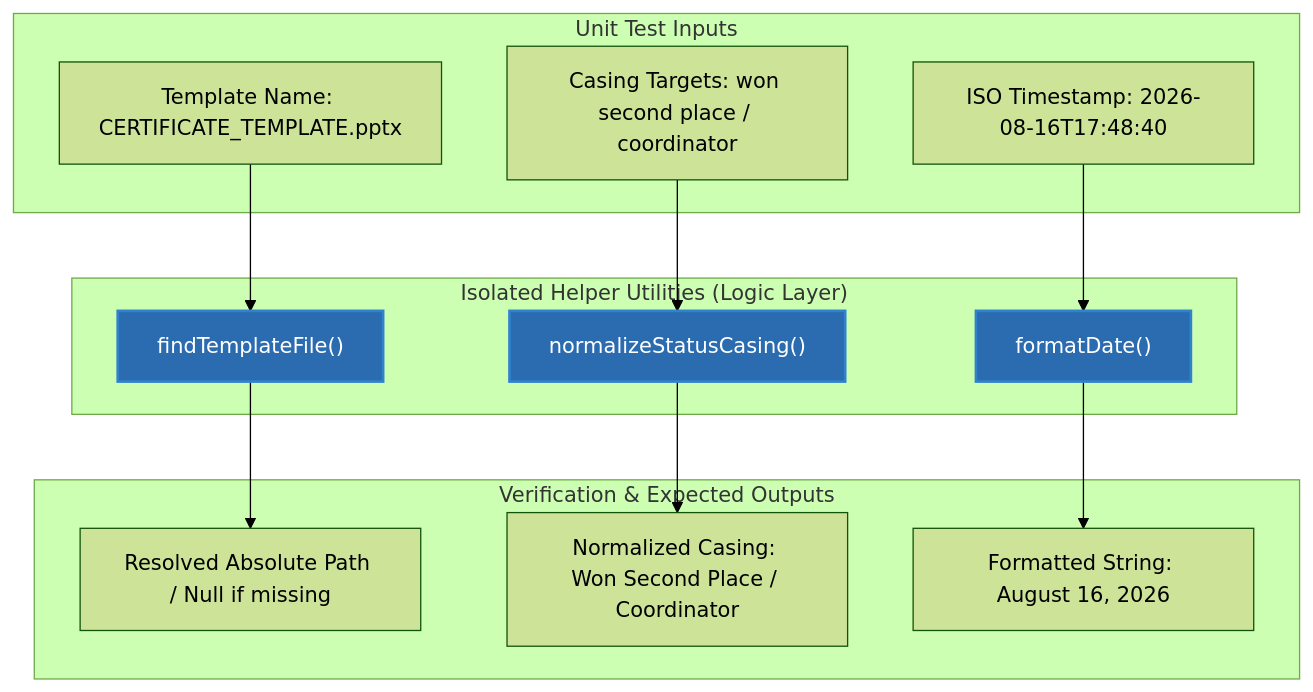
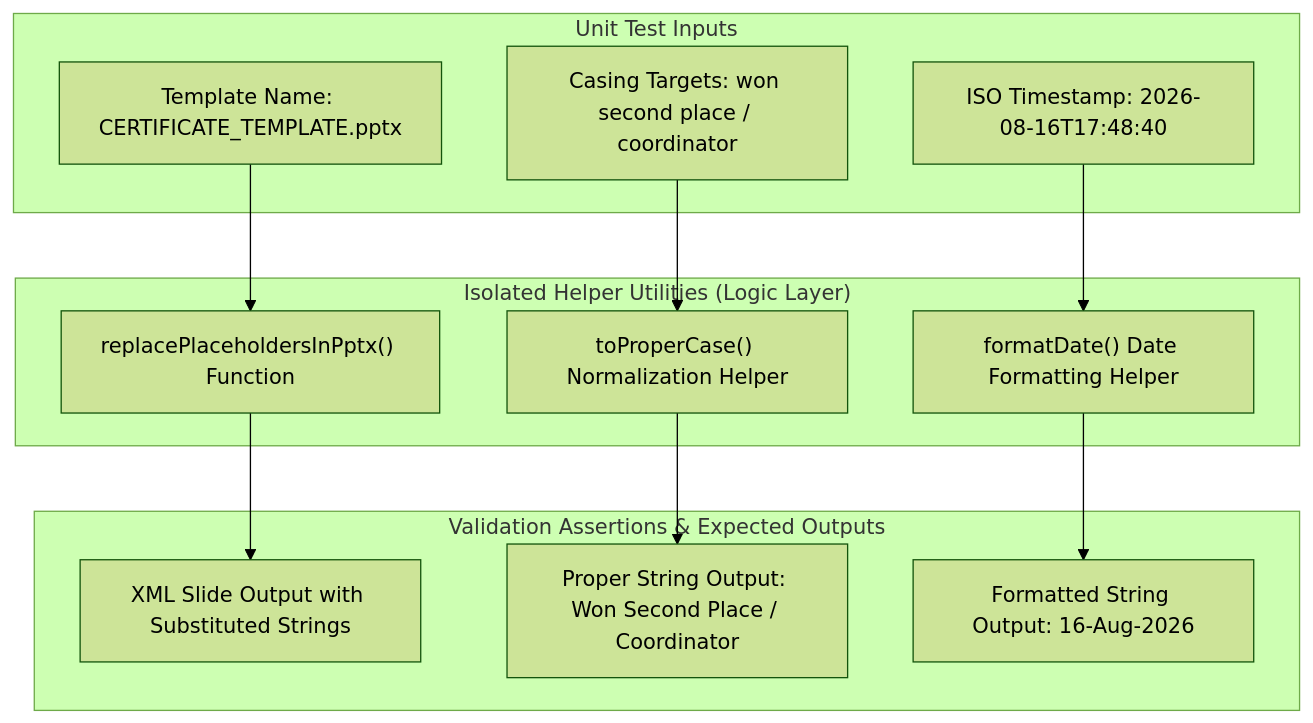
Diagram 21 of 26 in README.md (saicharan-bhuthkuri/rd), drawn with Mermaid (forest theme) before and after one commit. The commit also changed other lines of this file and 1 other file, not shown here.

Commit message:
docs: complete overhaul of README with 26 verified diagrams, 16-table ER schema, and Table of Figures

````diff
--- a/README.md
+++ b/README.md
@@ -2468,28 +2900,28 @@
 ```mermaid
 graph TD
     subgraph "Unit Test Inputs"
         I1["Template Name: CERTIFICATE_TEMPLATE.pptx"]
         I2["Casing Targets: won second place / coordinator"]
         I3["ISO Timestamp: 2026-08-16T17:48:40"]
     end
 
     subgraph "Isolated Helper Utilities (Logic Layer)"
-        UT1["findTemplateFile()"]
-        UT2["normalizeStatusCasing()"]
-        UT3["formatDate()"]
+        U1["replacePlaceholdersInPptx() Function"]
+        U2["toProperCase() Normalization Helper"]
+        U3["formatDate() Date Formatting Helper"]
     end
 
-    subgraph "Verification & Expected Outputs"
-        O1["Resolved Absolute Path / Null if missing"]
-        O2["Normalized Casing: Won Second Place / Coordinator"]
-        O3["Formatted String: August 16, 2026"]
+    subgraph "Validation Assertions & Expected Outputs"
+        O1["XML Slide Output with Substituted Strings"]
+        O2["Proper String Output: Won Second Place / Coordinator"]
+        O3["Formatted String Output: 16-Aug-2026"]
     end
 
-    I1 --> UT1 --> O1
-    I2 --> UT2 --> O2
-    I3 --> UT3 --> O3
+    I1 --> U1
+    I2 --> U2
+    I3 --> U3
 
-    style UT1 fill:#2b6cb0,stroke:#3182ce,stroke-width:2px,color:#fff
-    style UT2 fill:#2b6cb0,stroke:#3182ce,stroke-width:2px,color:#fff
-    style UT3 fill:#2b6cb0,stroke:#3182ce,stroke-width:2px,color:#fff
+    U1 --> O1
+    U2 --> O2
+    U3 --> O3
 ```
````
